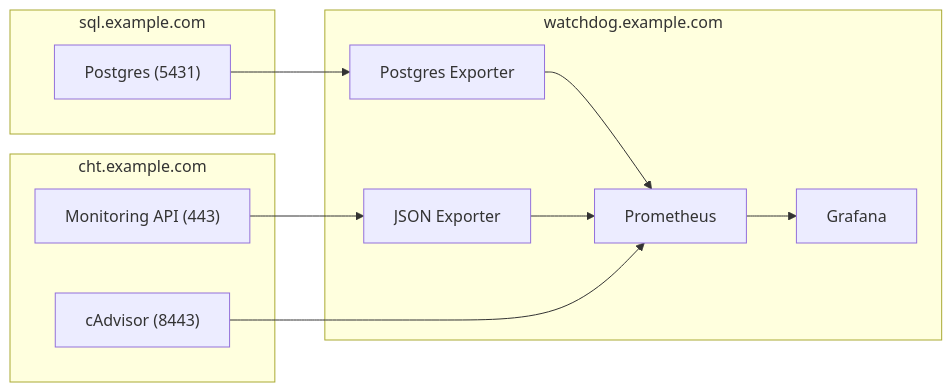
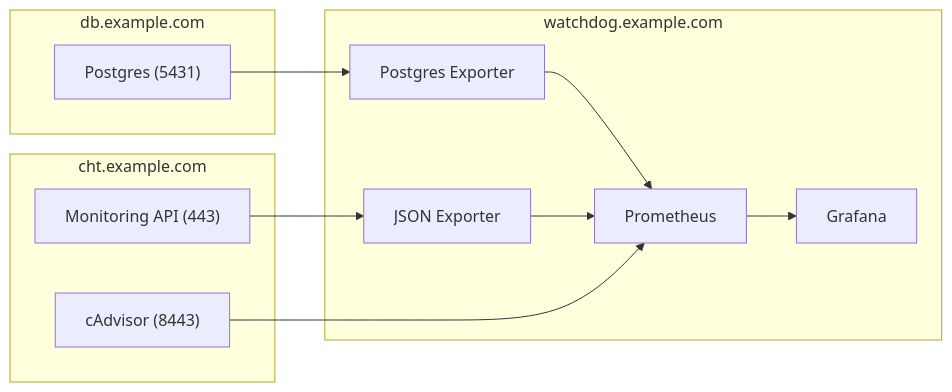
Before and after one commit to medic/cht-docs: the second of 2 diagrams in content/en/apps/guides/hosting/monitoring/postgres-ingest.md, drawn with Mermaid. The commit also changed other lines of this file and 3 other files, not shown here.

````diff
--- a/content/en/apps/guides/hosting/monitoring/postgres-ingest.md
+++ b/content/en/apps/guides/hosting/monitoring/postgres-ingest.md
@@ -48,24 +46,24 @@
 ```mermaid
 flowchart LR
 
 subgraph core["cht.example.com"]
   mon_api["Monitoring API (443)"]:::client_node
   cAdvisor:::client_node
 end
 
 subgraph watchdog["watchdog.example.com"]
     json[JSON Exporter] --> Prometheus
     postgres-exp[Postgres Exporter] --> Prometheus
     Prometheus --> Grafana
 end
 
 
-subgraph db["sql.example.com"]
+subgraph db["db.example.com"]
   postgres["Postgres (5431)"]:::client_node
 end
 
 
 mon_api  -->  json
 cAdvisor["cAdvisor (8443)"] -->  Prometheus
 postgres -->  postgres-exp
 ```
````
